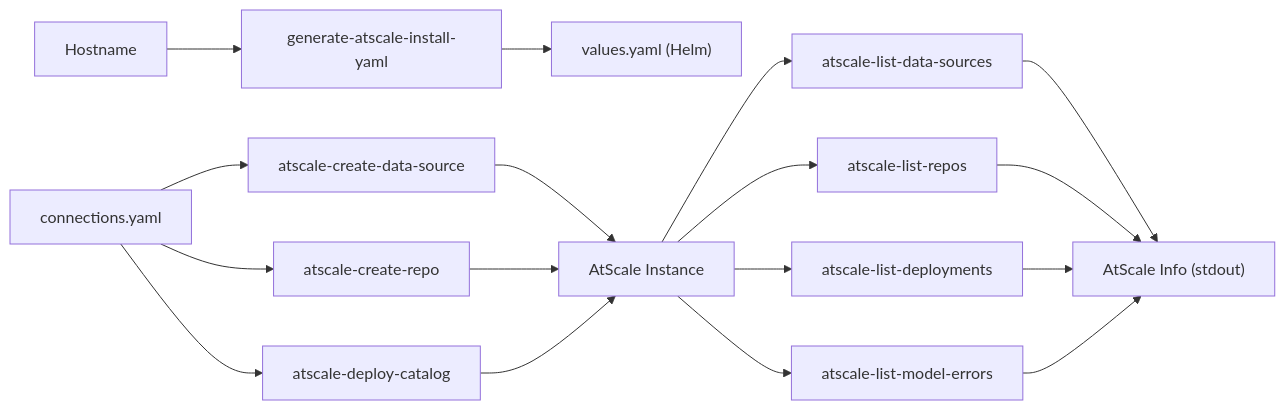
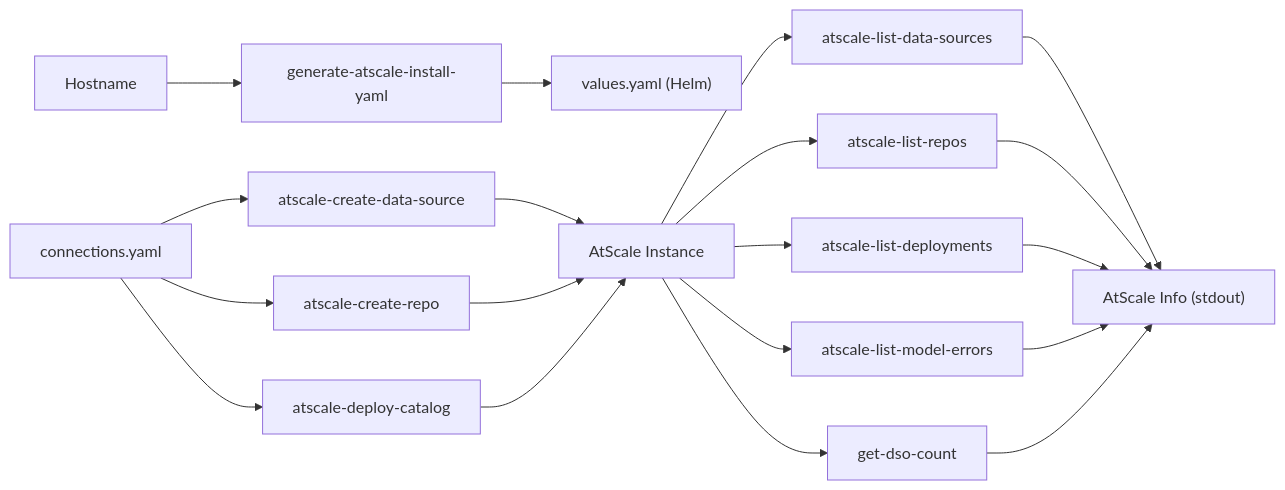
One commit to AtScaleInc/ps-utils changed the eighth of 9 diagrams in README.md. Above: the diagram before and after it, drawn with Mermaid. The commit also changed other lines of this file and 37 other files, not shown here.

````diff
--- a/README.md
+++ b/README.md
@@ -124,11 +124,12 @@
 ```mermaid
 flowchart LR
     HOSTNAME["Hostname"] --> A["generate-atscale-install-yaml"] --> VALUES["values.yaml (Helm)"]
     CONN["connections.yaml"] --> B["atscale-create-data-source"] --> ATS["AtScale Instance"]
     CONN --> C["atscale-create-repo"] --> ATS
     CONN --> D["atscale-deploy-catalog"] --> ATS
     ATS --> E["atscale-list-data-sources"] --> INFO["AtScale Info (stdout)"]
     ATS --> F["atscale-list-repos"] --> INFO
     ATS --> G["atscale-list-deployments"] --> INFO
     ATS --> H["atscale-list-model-errors"] --> INFO
+    ATS --> I["get-dso-count"] --> INFO
 ```
````
